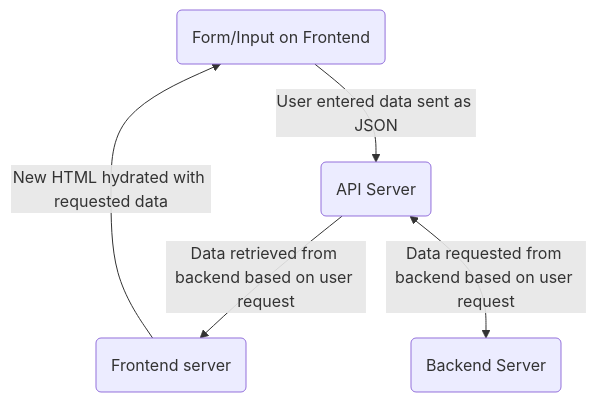
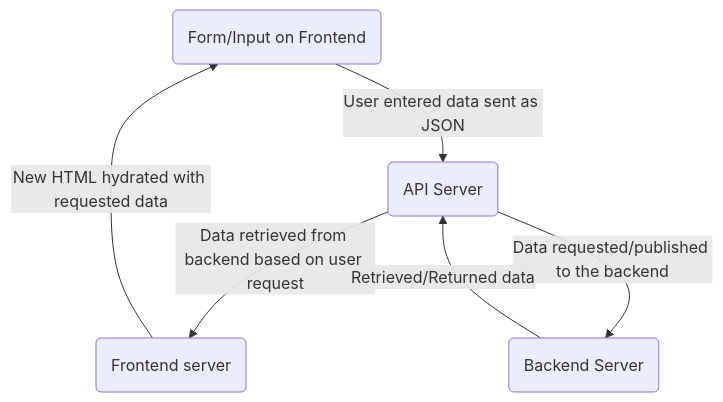
Before and after one commit to csci265-team/HiddenFrame: the second of 2 diagrams in documentation/design.md, drawn with Mermaid.

````diff
--- a/documentation/design.md
+++ b/documentation/design.md
@@ -187,11 +187,11 @@
 ```mermaid
 ---
 Title: Front-end data input lifecycle
 ---
  graph TD
    a(Form/Input on Frontend) --"User entered data sent as JSON"--> c
    c(API Server)--"Data retrieved from backend based on user request"-->b(Frontend server)
    b--"New HTML hydrated with requested data"-->a
-   c<--"Data requested from backend based on user request"-->d(Backend Server)
-
+   c--"Data requested/published to the backend"-->d(Backend Server)
+   d--"Retrieved/Returned data"-->c
 ```
````
